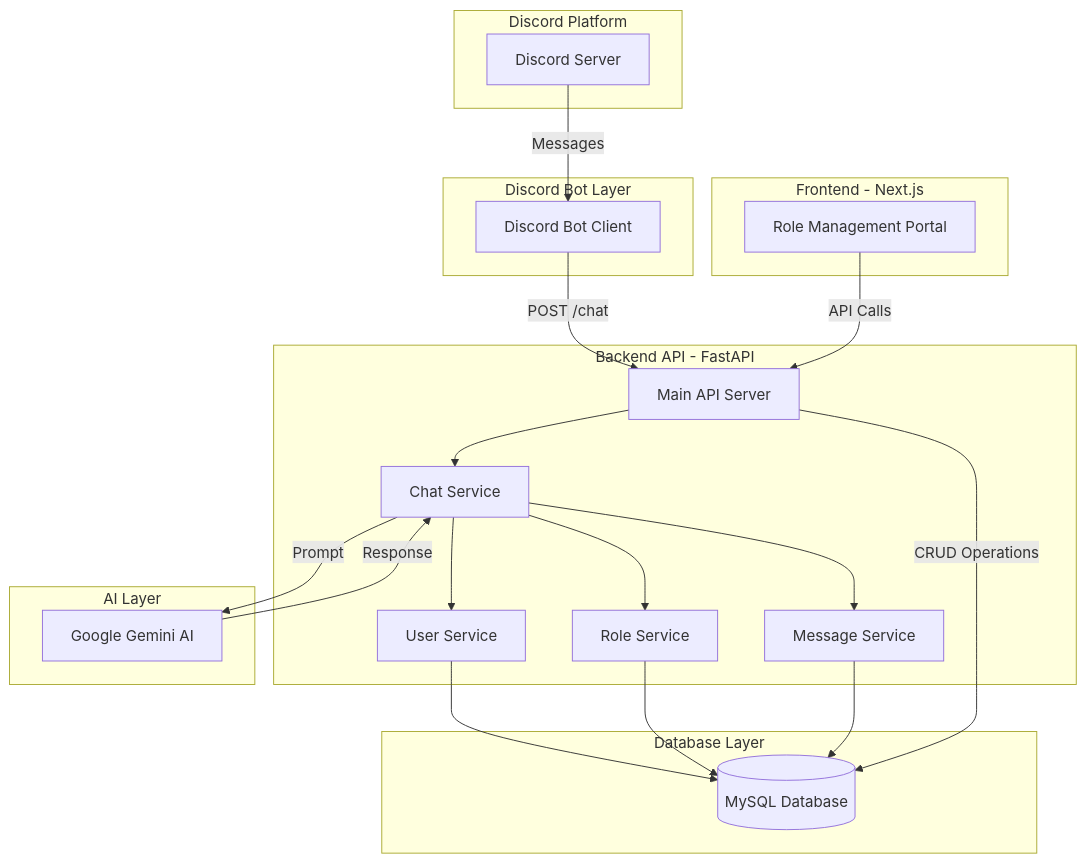
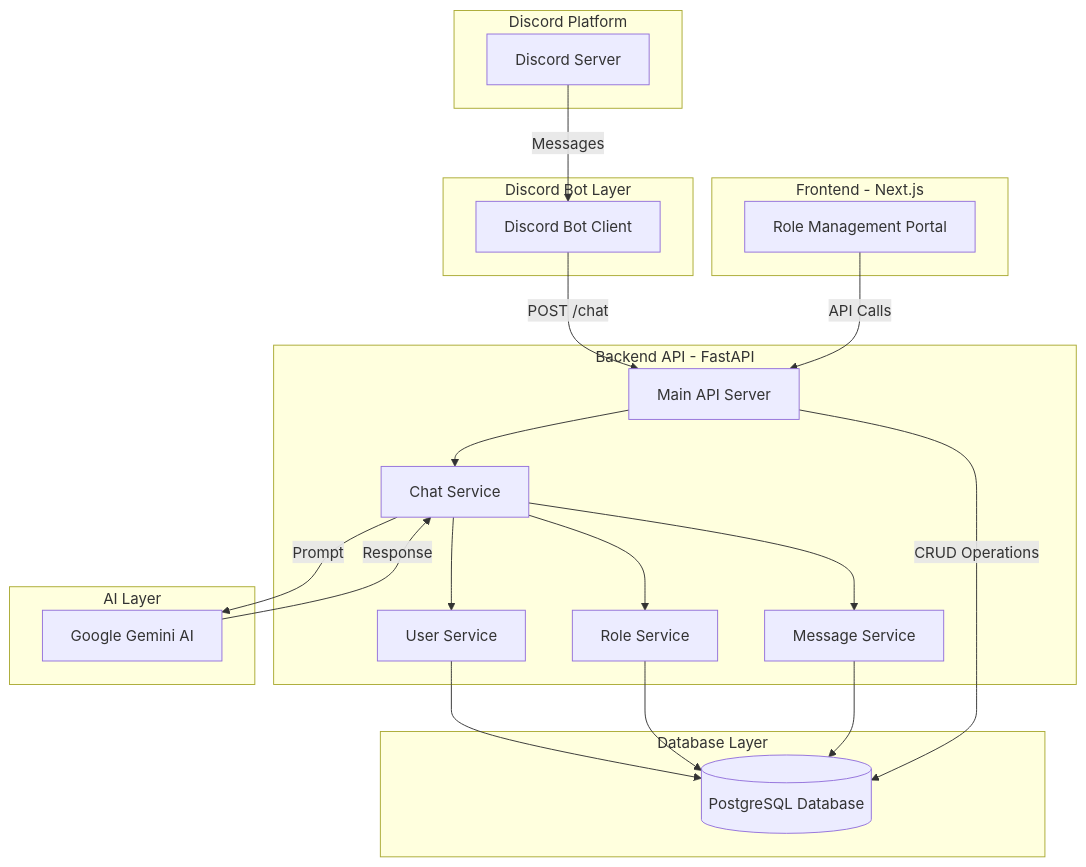
Before and after one commit to p2ratik/Discord-Bot: the first of 3 diagrams in README.md, drawn with Mermaid. The commit also changed other lines of this file and 5 other files, not shown here.

````diff
--- a/README.md
+++ b/README.md
@@ -40,44 +40,44 @@
 ```mermaid
 graph TB
     subgraph "Discord Platform"
         A[Discord Server]
     end
     
     subgraph "Discord Bot Layer"
         B[Discord Bot Client]
     end
     
     subgraph "Backend API - FastAPI"
         C[Main API Server]
         D[Chat Service]
         E[User Service]
         F[Role Service]
         G[Message Service]
     end
     
     subgraph "AI Layer"
         H[Google Gemini AI]
     end
     
     subgraph "Database Layer"
-        I[(MySQL Database)]
+        I[(PostgreSQL Database)]
     end
     
     subgraph "Frontend - Next.js"
         J[Role Management Portal]
     end
     
     A -->|Messages| B
     B -->|POST /chat| C
     C --> D
     D --> E
     D --> F
     D --> G
     D -->|Prompt| H
     H -->|Response| D
     E --> I
     F --> I
     G --> I
     J -->|API Calls| C
     C -->|CRUD Operations| I
 ```
````
